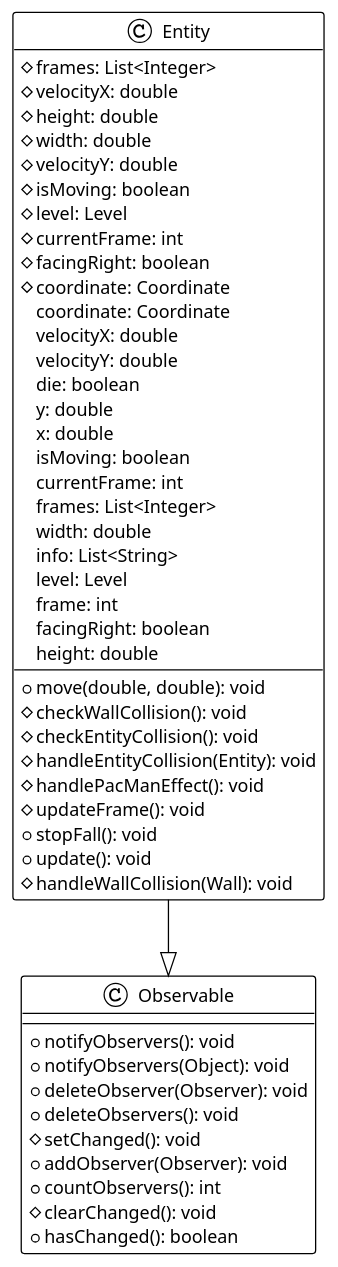
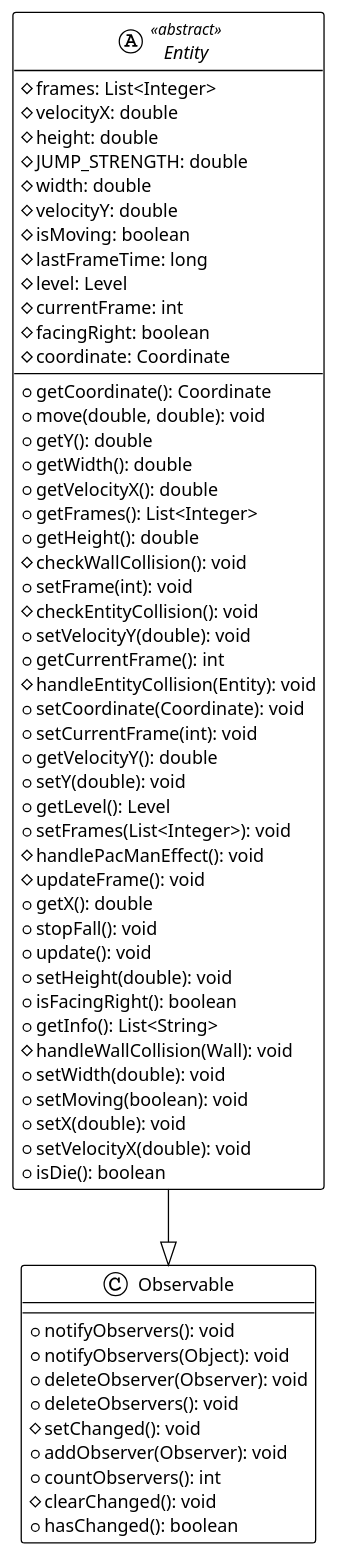
The diagram in documentation/entitypackage/Entity.plantuml (AxelRubini/JBubbleBobble), drawn with PlantUML before and after one commit. The commit also changed 24 other files, not shown here.

Commit message:
UML and code formatting

```diff
--- a/documentation/entitypackage/Entity.plantuml
+++ b/documentation/entitypackage/Entity.plantuml
@@ -1,57 +1,68 @@
 @startuml
 
 !theme plain
 top to bottom direction
 skinparam linetype ortho
 
-class Entity {
-  # frames: List<Integer>
-  # velocityX: double
-  # height: double
-  # width: double
-  # velocityY: double
-  # isMoving: boolean
-  # level: Level
-  # currentFrame: int
-  # facingRight: boolean
-  # coordinate: Coordinate
-  + move(double, double): void
-  # checkWallCollision(): void
-  # checkEntityCollision(): void
-  # handleEntityCollision(Entity): void
-  # handlePacManEffect(): void
-  # updateFrame(): void
-  + stopFall(): void
-  + update(): void
-  # handleWallCollision(Wall): void
-   coordinate: Coordinate
-   velocityX: double
-   velocityY: double
-   die: boolean
-   y: double
-   x: double
-   isMoving: boolean
-   currentFrame: int
-   frames: List<Integer>
-   width: double
-   info: List<String>
-   level: Level
-   frame: int
-   facingRight: boolean
-   height: double
-}
+    abstract class  Entity <<abstract>> {
+      # frames: List<Integer>
+      # velocityX: double
+      # height: double
+      # JUMP_STRENGTH: double
+      # width: double
+      # velocityY: double
+      # isMoving: boolean
+      # lastFrameTime: long
+      # level: Level
+      # currentFrame: int
+      # facingRight: boolean
+      # coordinate: Coordinate
+      + getCoordinate(): Coordinate
+      + move(double, double): void
+      + getY(): double
+      + getWidth(): double
+      + getVelocityX(): double
+      + getFrames(): List<Integer>
+      + getHeight(): double
+      # checkWallCollision(): void
+      + setFrame(int): void
+      # checkEntityCollision(): void
+      + setVelocityY(double): void
+      + getCurrentFrame(): int
+      # handleEntityCollision(Entity): void
+      + setCoordinate(Coordinate): void
+      + setCurrentFrame(int): void
+      + getVelocityY(): double
+      + setY(double): void
+      + getLevel(): Level
+      + setFrames(List<Integer>): void
+      # handlePacManEffect(): void
+      # updateFrame(): void
+      + getX(): double
+      + stopFall(): void
+      + update(): void
+      + setHeight(double): void
+      + isFacingRight(): boolean
+      + getInfo(): List<String>
+      # handleWallCollision(Wall): void
+      + setWidth(double): void
+      + setMoving(boolean): void
+      + setX(double): void
+      + setVelocityX(double): void
+      + isDie(): boolean
+    }
 class Observable {
   + notifyObservers(): void
   + notifyObservers(Object): void
   + deleteObserver(Observer): void
   + deleteObservers(): void
   # setChanged(): void
   + addObserver(Observer): void
   + countObservers(): int
   # clearChanged(): void
   + hasChanged(): boolean
 }
 
 Entity --|> Observable
 
 @enduml
```
